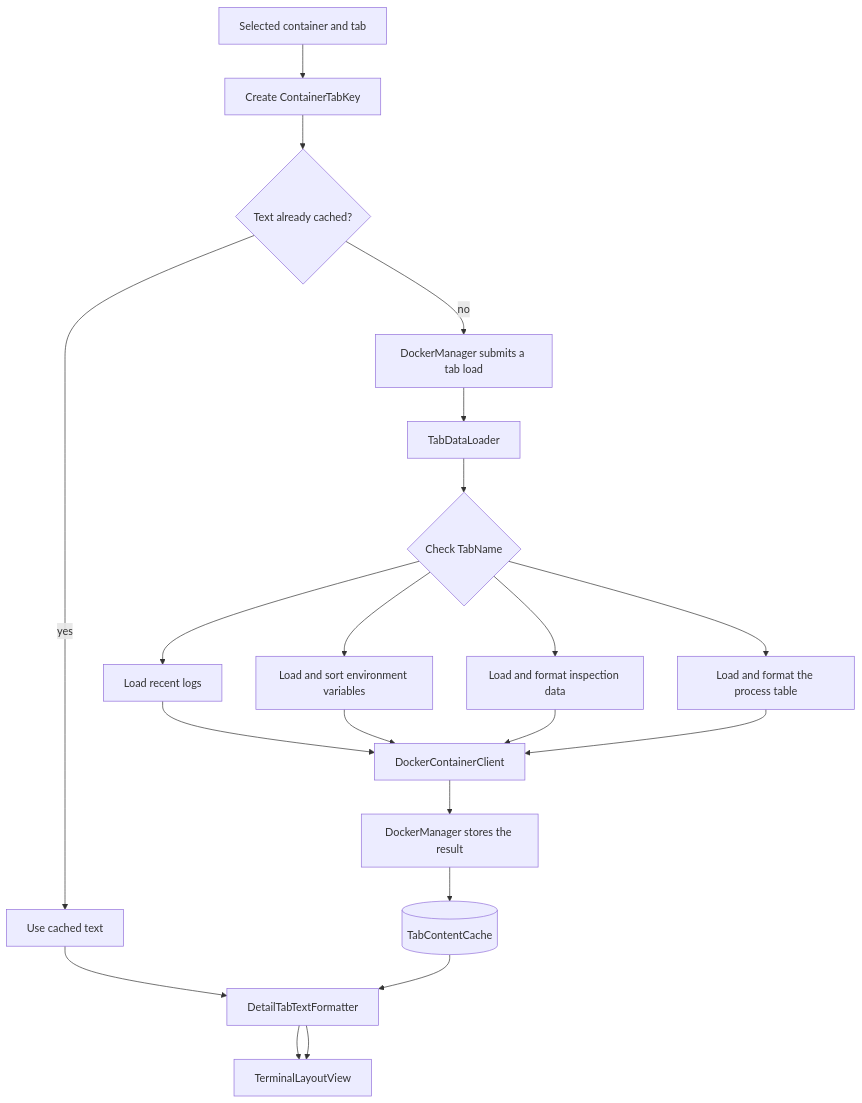
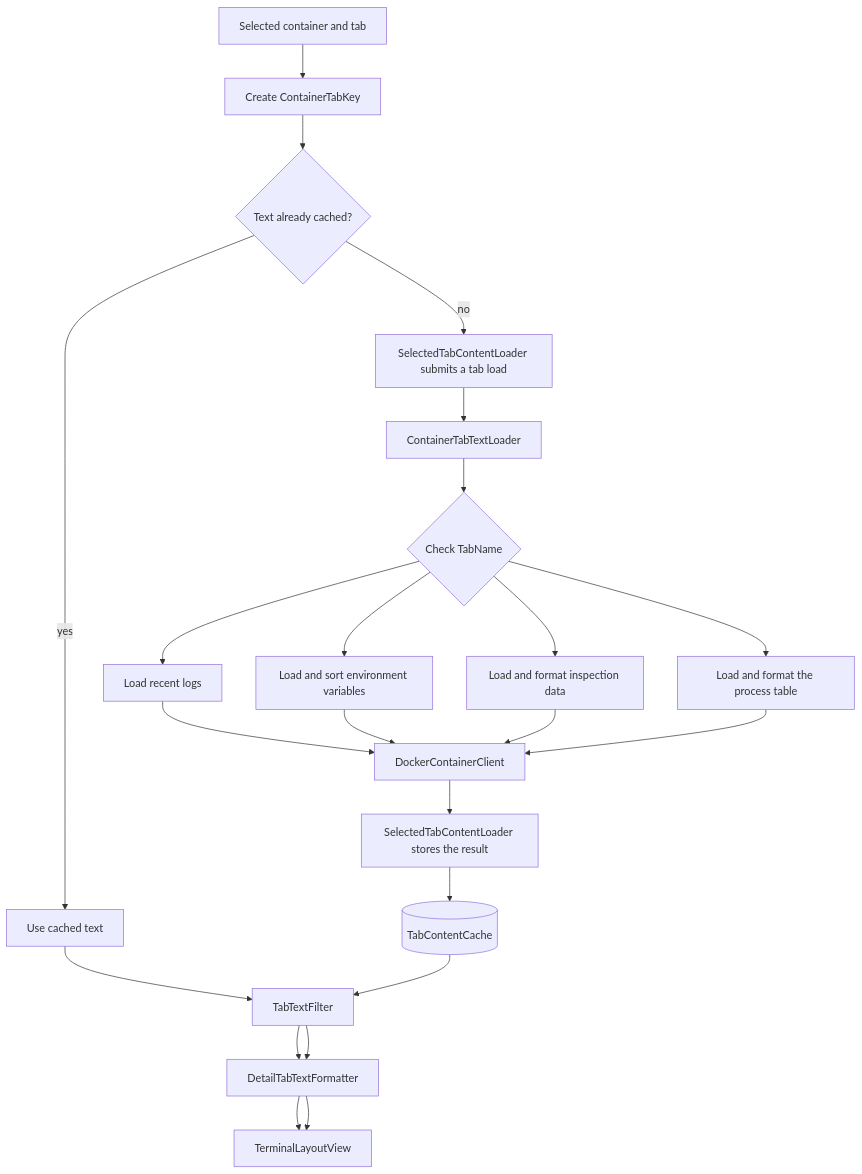
The fifth of 5 diagrams in DEVELOPMENT_GUIDE.md (arabnejad/edm), drawn with Mermaid before and after one commit. The commit also changed other lines of this file and 68 other files, not shown here.

First line of the commit message:
Simplify application architecture v2 (#47)

````diff
--- a/DEVELOPMENT_GUIDE.md
+++ b/DEVELOPMENT_GUIDE.md
@@ -408,28 +450,29 @@
 ```mermaid
 flowchart TD
     Selection[Selected container and tab]
     Key[Create ContainerTabKey]
     Cached{Text already cached?}
     Show[Use cached text]
-    Submit[DockerManager submits a tab load]
-    Loader[TabDataLoader]
+    Submit[SelectedTabContentLoader submits a tab load]
+    Loader[ContainerTabTextLoader]
     Choose{Check TabName}
     Logs[Load recent logs]
     Env[Load and sort environment variables]
     Config[Load and format inspection data]
     Top[Load and format the process table]
     Client[DockerContainerClient]
-    Complete[DockerManager stores the result]
+    Complete[SelectedTabContentLoader stores the result]
     Cache[(TabContentCache)]
+    Filter[TabTextFilter]
     Format[DetailTabTextFormatter]
     Draw[TerminalLayoutView]
 
     Selection --> Key --> Cached
-    Cached -- yes --> Show --> Format --> Draw
+    Cached -- yes --> Show --> Filter --> Format --> Draw
     Cached -- no --> Submit --> Loader --> Choose
     Choose --> Logs --> Client
     Choose --> Env --> Client
     Choose --> Config --> Client
     Choose --> Top --> Client
-    Client --> Complete --> Cache --> Format --> Draw
+    Client --> Complete --> Cache --> Filter --> Format --> Draw
 ```
````
